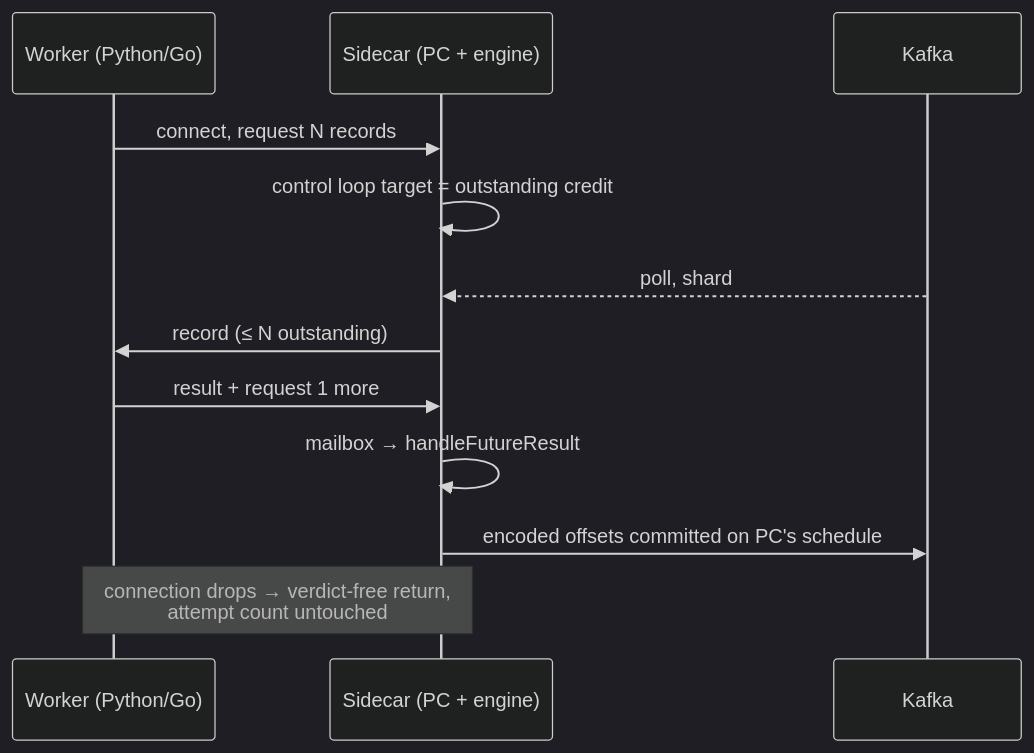
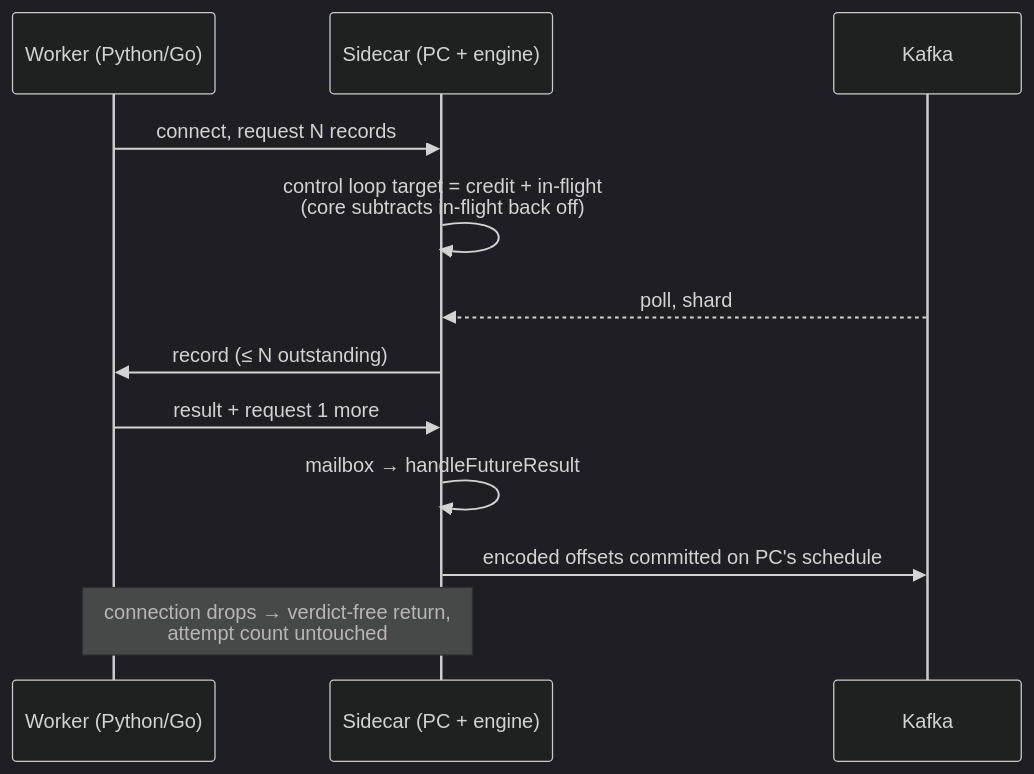
The third of 3 diagrams in docs/plans/2026-08-12-001-feat-language-proxy-plan.md (astubbs/parallel-consumer), drawn with Mermaid (dark theme) before and after one commit. The commit also changed other lines of this file, not shown here.

````diff
--- a/docs/plans/2026-08-12-001-feat-language-proxy-plan.md
+++ b/docs/plans/2026-08-12-001-feat-language-proxy-plan.md
@@ -336,14 +358,14 @@
 ```mermaid
 sequenceDiagram
   participant W as Worker (Python/Go)
   participant S as Sidecar (PC + engine)
   participant K as Kafka
   W->>S: connect, request N records
-  S->>S: control loop target = outstanding credit
+  S->>S: control loop target = credit + in-flight<br/>(core subtracts in-flight back off)
   K-->>S: poll, shard
   S->>W: record (≤ N outstanding)
   W->>S: result + request 1 more
   S->>S: mailbox → handleFutureResult
   S->>K: encoded offsets committed on PC's schedule
   Note over W,S: connection drops → verdict-free return,<br/>attempt count untouched
 ```
````
